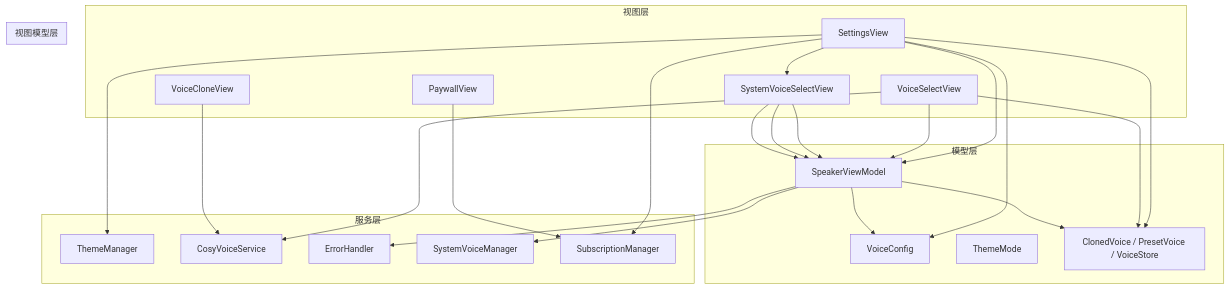
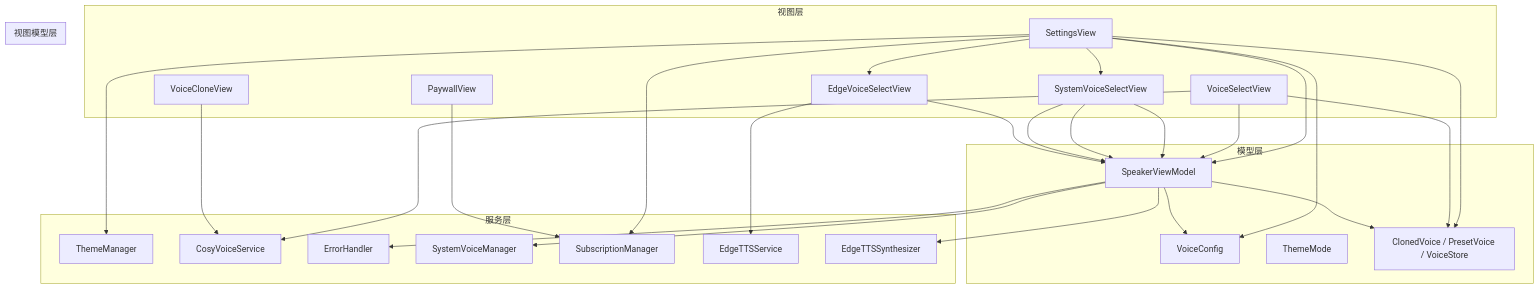
One commit to Primoguo/VoiceReader changed the first of 13 diagrams in .qoder/repowiki/zh/content/用户界面设计/设置界面/设置界面.md. Above: the diagram before and after it, drawn with Mermaid. The commit also changed other lines of this file and 29 other files, not shown here.

````diff
--- a/.qoder/repowiki/zh/content/用户界面设计/设置界面/设置界面.md
+++ b/.qoder/repowiki/zh/content/用户界面设计/设置界面/设置界面.md
@@ -59,44 +65,51 @@
 ```mermaid
 graph TB
 subgraph "视图层"
 SV["SettingsView"]
 PV["PaywallView"]
 VSV["VoiceSelectView"]
 VCV["VoiceCloneView"]
 SYSVS["SystemVoiceSelectView"]
+EVSV["EdgeVoiceSelectView"]
 end
 subgraph "模型层"
 VC["VoiceConfig"]
 TV["ThemeMode"]
 CV["ClonedVoice / PresetVoice / VoiceStore"]
 SVM["SystemVoiceInfo"]
 end
 subgraph "服务层"
 TM["ThemeManager"]
 CVS["CosyVoiceService"]
 EH["ErrorHandler"]
 SYSVM["SystemVoiceManager"]
 SM["SubscriptionManager"]
+ETS["EdgeTTSService"]
+ETSS["EdgeTTSSynthesizer"]
 end
 subgraph "视图模型层"
 SVM["SpeakerViewModel"]
 end
 SV --> SVM
 SV --> TM
 SV --> VC
 SV --> CV
 SV --> SYSVS
+SV --> EVSV
 SV --> SM
 PV --> SM
 VSV --> SVM
 VSV --> CV
 VSV --> CVS
 VCV --> CVS
 SYSVS --> SVM
 SYSVS --> SVM
 SYSVS --> SVM
+EVSV --> SVM
+EVSV --> ETS
 SVM --> VC
 SVM --> CV
 SVM --> EH
 SVM --> SYSVM
+SVM --> ETSS
 ```
````
